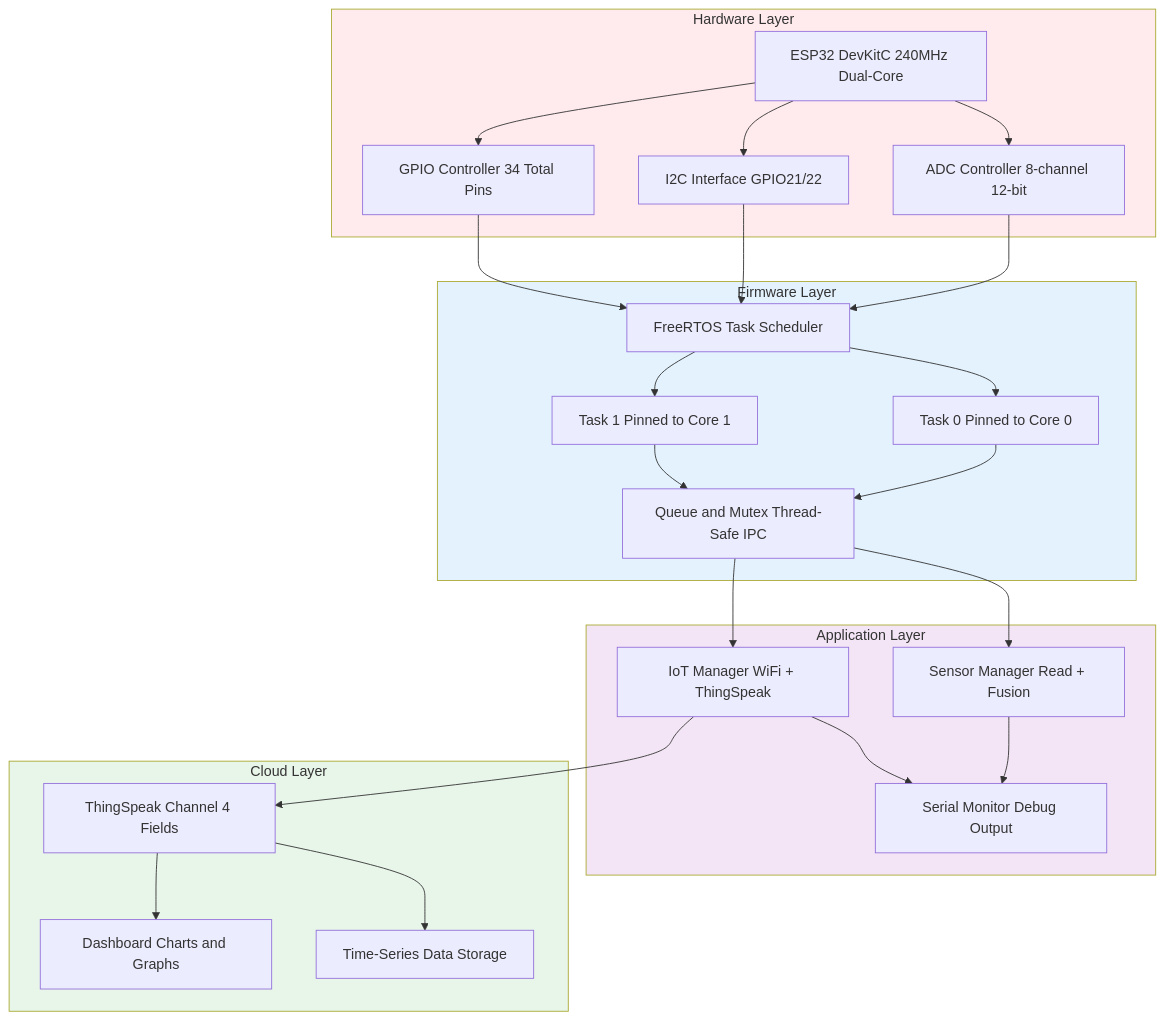
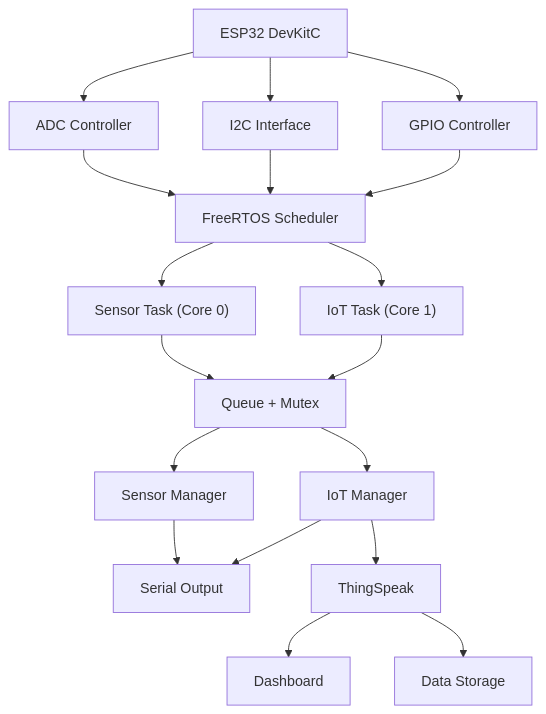
One commit to ficrammanifur/ESP32-RTOS-Environmental-Monitor changed the sixth of 25 diagrams in README.md. Above: the diagram before and after it, drawn with Mermaid. The commit also changed other lines of this file, not shown here.

````diff
--- a/README.md
+++ b/README.md
@@ -312,57 +312,44 @@
 ```mermaid
 graph TB
-    subgraph HW[Hardware Layer]
-        ESP[ESP32 DevKitC 240MHz Dual-Core]
-        ADC[ADC Controller 8-channel 12-bit]
-        I2C[I2C Interface GPIO21/22]
-        GPIO[GPIO Controller 34 Total Pins]
-    end
-    
-    subgraph FW[Firmware Layer]
-        RTOS[FreeRTOS Task Scheduler]
-        TASK0[Task 0 Pinned to Core 0]
-        TASK1[Task 1 Pinned to Core 1]
-        COMM[Queue and Mutex Thread-Safe IPC]
-    end
-    
-    subgraph APP[Application Layer]
-        SENSOR[Sensor Manager Read + Fusion]
-        IOT[IoT Manager WiFi + ThingSpeak]
-        UI[Serial Monitor Debug Output]
-    end
-    
-    subgraph CLOUD[Cloud Layer]
-        THING[ThingSpeak Channel 4 Fields]
-        VIS[Dashboard Charts and Graphs]
-        STORE[Time-Series Data Storage]
-    end
-    
-    ESP --> ADC
-    ESP --> I2C
-    ESP --> GPIO
-    
+    ESP32["ESP32 DevKitC"]
+    ADC["ADC Controller"]
+    I2C["I2C Interface"]
+    GPIO["GPIO Controller"]
+
+    RTOS["FreeRTOS Scheduler"]
+    TASK0["Sensor Task (Core 0)"]
+    TASK1["IoT Task (Core 1)"]
+    QUEUE["Queue + Mutex"]
+
+    SENSOR["Sensor Manager"]
+    IOT["IoT Manager"]
+    SERIAL["Serial Output"]
+
+    THING["ThingSpeak"]
+    VIS["Dashboard"]
+    STORE["Data Storage"]
+
+    ESP32 --> ADC
+    ESP32 --> I2C
+    ESP32 --> GPIO
+
     ADC --> RTOS
     I2C --> RTOS
     GPIO --> RTOS
-    
+
     RTOS --> TASK0
     RTOS --> TASK1
-    
-    TASK0 --> COMM
-    TASK1 --> COMM
-    
-    COMM --> SENSOR
-    COMM --> IOT
-    
-    SENSOR --> UI
-    IOT --> UI
-    
+
+    TASK0 --> QUEUE
+    TASK1 --> QUEUE
+
+    QUEUE --> SENSOR
+    QUEUE --> IOT
+
+    SENSOR --> SERIAL
+    IOT --> SERIAL
+
     IOT --> THING
     THING --> VIS
     THING --> STORE
-    
-    style HW fill:#ffebee
-    style FW fill:#e3f2fd
-    style APP fill:#f3e5f5
-    style CLOUD fill:#e8f5e9
 ```
````
